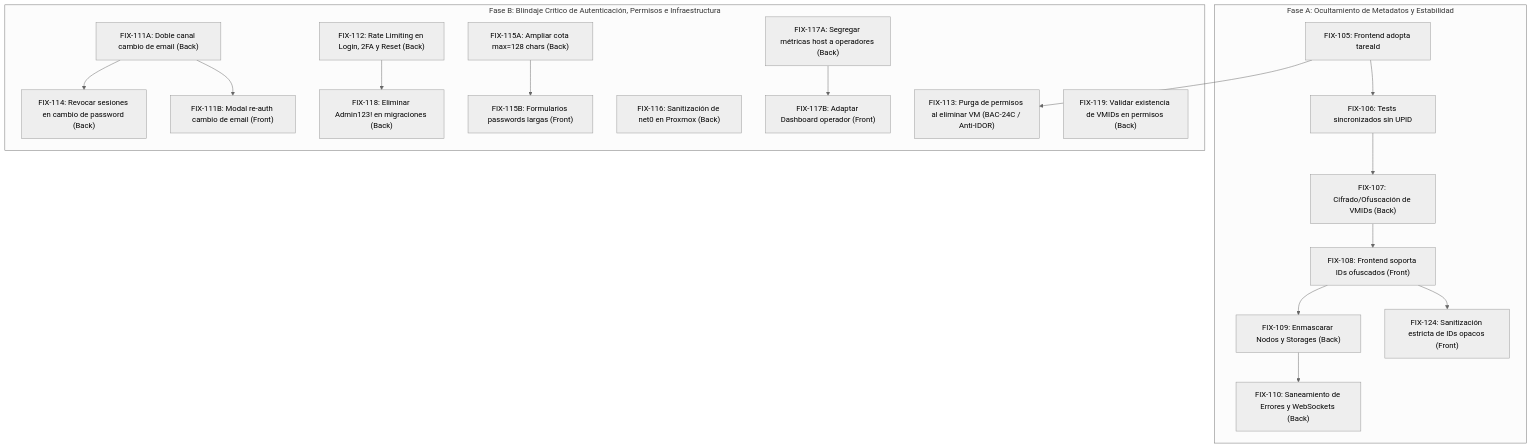
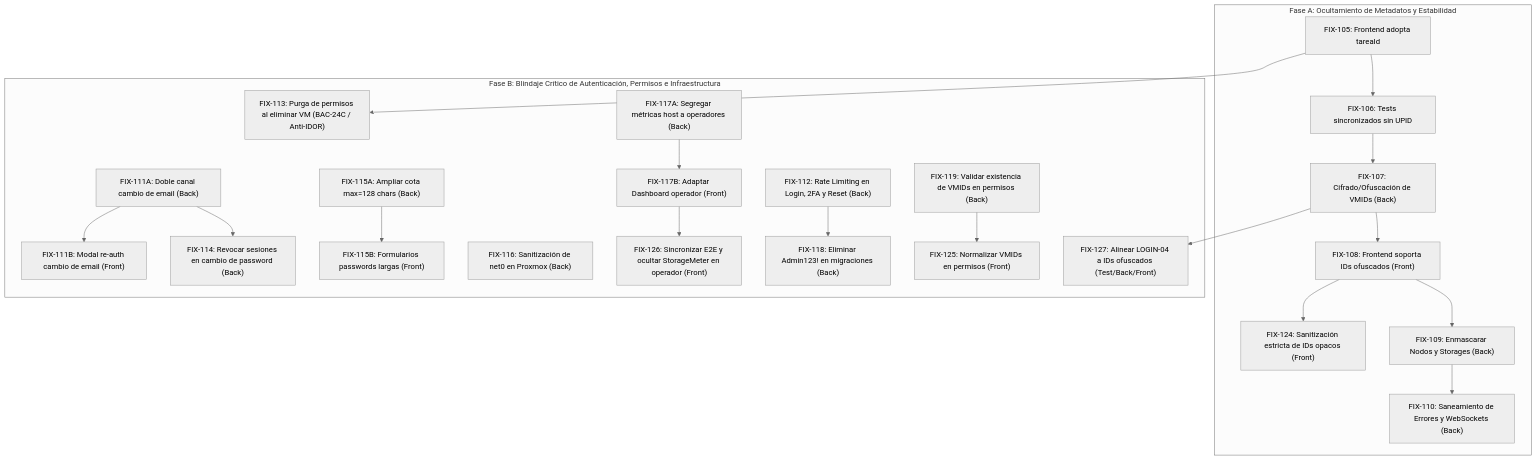
The diagram in documentacion/futuro2.md (micaelaalvaradomendez/centinela), drawn with Mermaid (neutral theme) before and after one commit. The commit also changed other lines of this file, not shown here.

````diff
--- a/documentacion/futuro2.md
+++ b/documentacion/futuro2.md
@@ -130,27 +199,31 @@
 ```mermaid
 flowchart TD
     subgraph FaseA["Fase A: Ocultamiento de Metadatos y Estabilidad"]
         FIX105["FIX-105: Frontend adopta tareaId"] --> FIX106["FIX-106: Tests sincronizados sin UPID"]
         FIX106 --> FIX107["FIX-107: Cifrado/Ofuscación de VMIDs (Back)"]
         FIX107 --> FIX108["FIX-108: Frontend soporta IDs ofuscados (Front)"]
         FIX108 --> FIX124["FIX-124: Sanitización estricta de IDs opacos (Front)"]
         FIX108 --> FIX109["FIX-109: Enmascarar Nodos y Storages (Back)"]
         FIX109 --> FIX110["FIX-110: Saneamiento de Errores y WebSockets (Back)"]
     end
 
     subgraph FaseB["Fase B: Blindaje Crítico de Autenticación, Permisos e Infraestructura"]
         FIX111A["FIX-111A: Doble canal cambio de email (Back)"] --> FIX111B["FIX-111B: Modal re-auth cambio de email (Front)"]
         FIX112["FIX-112: Rate Limiting en Login, 2FA y Reset (Back)"]
         FIX113["FIX-113: Purga de permisos al eliminar VM (BAC-24C / Anti-IDOR)"]
         FIX114["FIX-114: Revocar sesiones en cambio de password (Back)"]
         FIX115A["FIX-115A: Ampliar cota max=128 chars (Back)"] --> FIX115B["FIX-115B: Formularios passwords largas (Front)"]
         FIX116["FIX-116: Sanitización de net0 en Proxmox (Back)"]
         FIX117A["FIX-117A: Segregar métricas host a operadores (Back)"] --> FIX117B["FIX-117B: Adaptar Dashboard operador (Front)"]
+        FIX117B --> FIX126["FIX-126: Sincronizar E2E y ocultar StorageMeter en operador (Front)"]
         FIX118["FIX-118: Eliminar Admin123! en migraciones (Back)"]
         FIX119["FIX-119: Validar existencia de VMIDs en permisos (Back)"]
+        FIX125["FIX-125: Normalizar VMIDs en permisos (Front)"]
+        FIX107 --> FIX127["FIX-127: Alinear LOGIN-04 a IDs ofuscados (Test/Back/Front)"]
     end
 
     FIX105 --> FIX113
     FIX111A --> FIX114
     FIX112 --> FIX118
+    FIX119 --> FIX125
 ```
````
